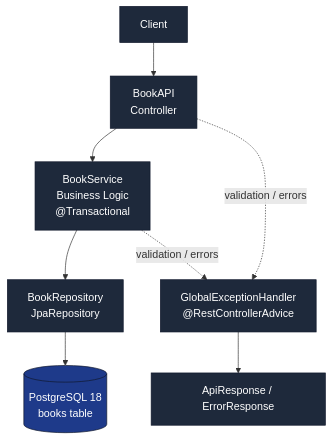
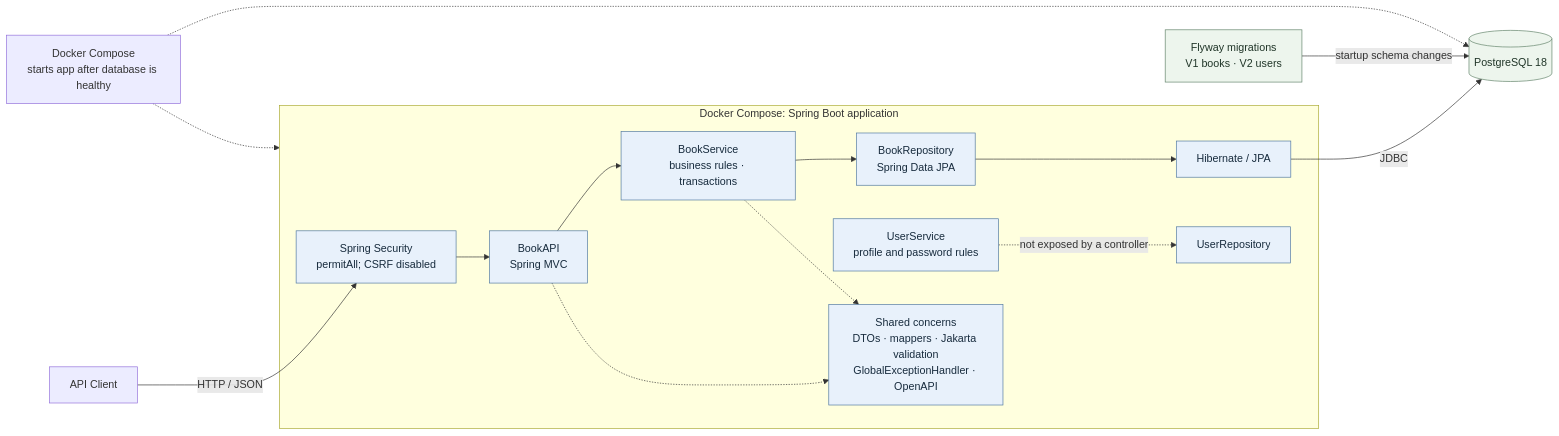
One commit to kyledelfin2006/libro-library-system changed the first of 2 diagrams in README.md. Above: the diagram before and after it, drawn with Mermaid. The commit also changed other lines of this file, not shown here.

Commit message:
docs: update system architecture diagram

````diff
--- a/README.md
+++ b/README.md
@@ -70,16 +70,24 @@
 ```mermaid
-flowchart TD
-    C["Client"] --> A["BookAPI<br/>Controller"]
-    A --> S["BookService<br/>Business Logic<br/>@Transactional"]
-    S --> R["BookRepository<br/>JpaRepository"]
-    R --> D[("PostgreSQL 18<br/>books table")]
-    A -. validation / errors .-> E["GlobalExceptionHandler<br/>@RestControllerAdvice"]
-    S -. validation / errors .-> E
-    E --> F["ApiResponse / ErrorResponse"]
+flowchart LR
+    Client["API Client"] -->|HTTP / JSON| Security["Spring Security<br/>permitAll; CSRF disabled"]
+    subgraph App["Docker Compose: Spring Boot application"]
+        API["BookAPI<br/>Spring MVC"] --> Service["BookService<br/>business rules · transactions"]
+        Service --> Repo["BookRepository<br/>Spring Data JPA"]
+        Repo --> ORM["Hibernate / JPA"]
+        User["UserService<br/>profile and password rules"]
+        User -. "not exposed by a controller" .-> UserRepo["UserRepository"]
+        Shared["Shared concerns<br/>DTOs · mappers · Jakarta validation<br/>GlobalExceptionHandler · OpenAPI"]
+        Security --> API
+        API -.-> Shared
+        Service -.-> Shared
+    end
+    ORM -->|JDBC| DB[("PostgreSQL 18")]
+    Flyway["Flyway migrations<br/>V1 books · V2 users"] -->|startup schema changes| DB
+    Compose["Docker Compose<br/>starts app after database is healthy"] -.-> App
+    Compose -.-> DB
 
-    classDef default fill:#1e293b,stroke:#0f172a,color:#ffffff
-    classDef db fill:#1e3a8a,stroke:#0f172a,color:#ffffff
-
-    class C,A,S,R,E,F default
-    class D db
+    classDef service fill:#e8f1fb,stroke:#5078a0,color:#172b3d
+    classDef data fill:#edf5ed,stroke:#62836a,color:#203528
+    class API,Service,Repo,ORM,User,UserRepo,Shared,Security service
+    class DB,Flyway data
 ```
````
